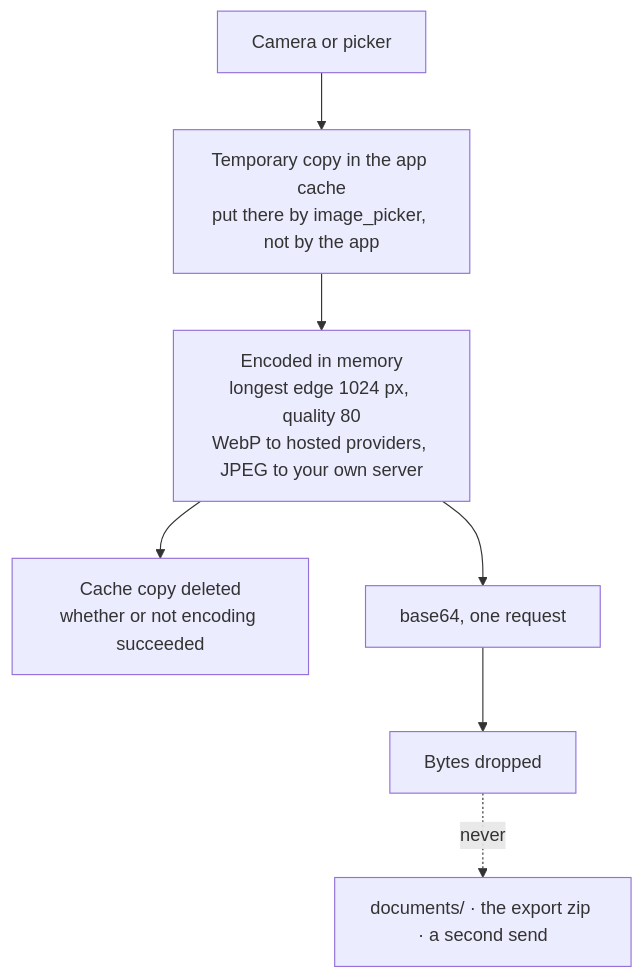
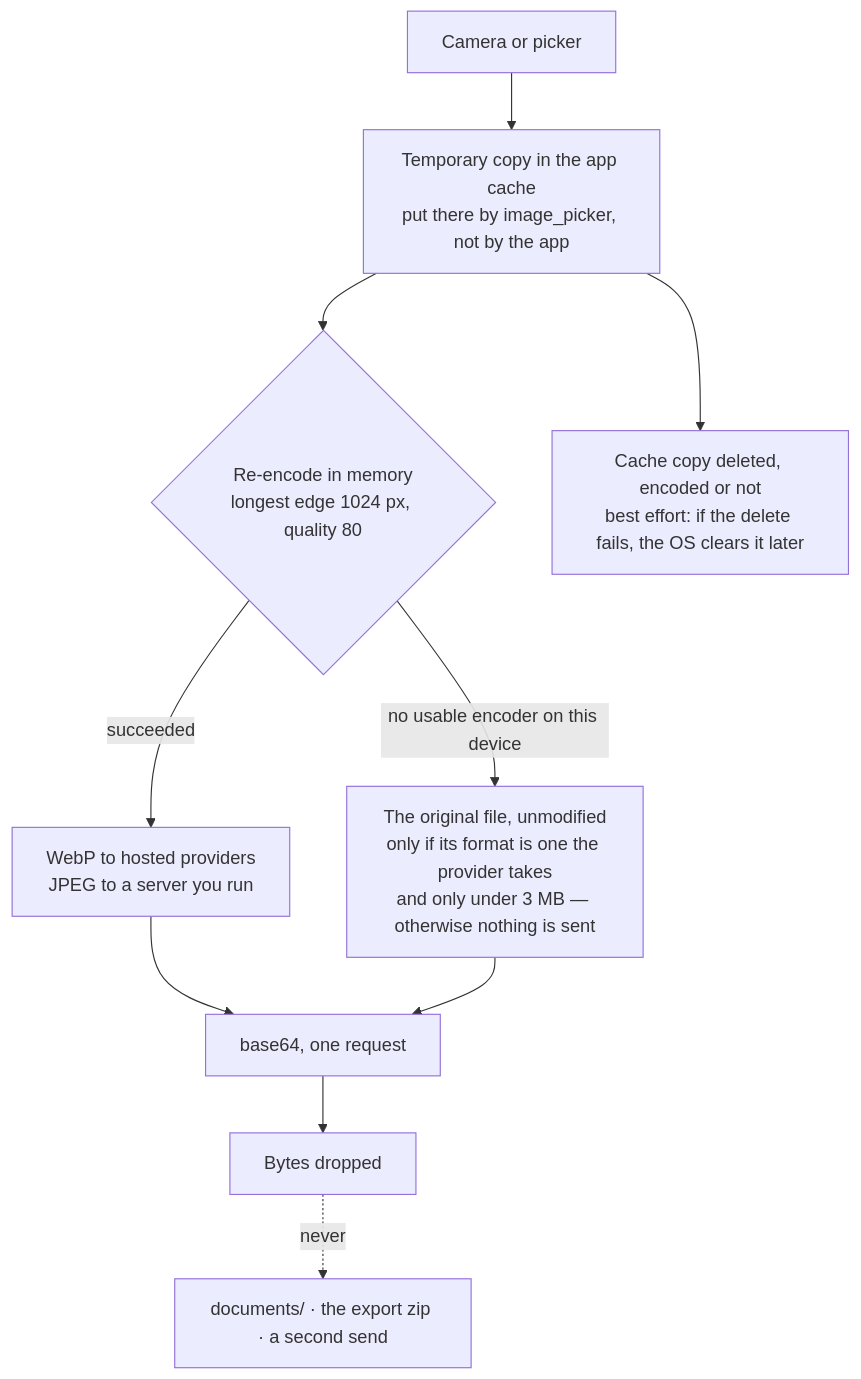
Before and after one commit to simonoppowa/OpenNutriTracker: the second of 4 diagrams in docs/ai-architecture.md, drawn with Mermaid. The commit also changed other lines of this file and 2 other files, not shown here.

````diff
--- a/docs/ai-architecture.md
+++ b/docs/ai-architecture.md
@@ -123,9 +123,12 @@
 ```mermaid
 flowchart TD
     Cam["Camera or picker"] --> Cache["Temporary copy in the app cache<br/>put there by image_picker, not by the app"]
-    Cache --> Enc["Encoded in memory<br/>longest edge 1024 px, quality 80<br/>WebP to hosted providers, JPEG to your own server"]
-    Enc --> Del["Cache copy deleted<br/>whether or not encoding succeeded"]
-    Enc --> Send["base64, one request"]
+    Cache --> Enc{"Re-encode in memory<br/>longest edge 1024 px, quality 80"}
+    Enc -->|"succeeded"| Out["WebP to hosted providers<br/>JPEG to a server you run"]
+    Enc -->|"no usable encoder on this device"| Raw["The original file, unmodified<br/>only if its format is one the provider takes<br/>and only under 3 MB — otherwise nothing is sent"]
+    Out --> Send["base64, one request"]
+    Raw --> Send
+    Cache --> Del["Cache copy deleted, encoded or not<br/>best effort: if the delete fails, the OS clears it later"]
     Send --> Gone["Bytes dropped"]
     Gone -. never .-> Never["documents/ · the export zip · a second send"]
 ```
````
